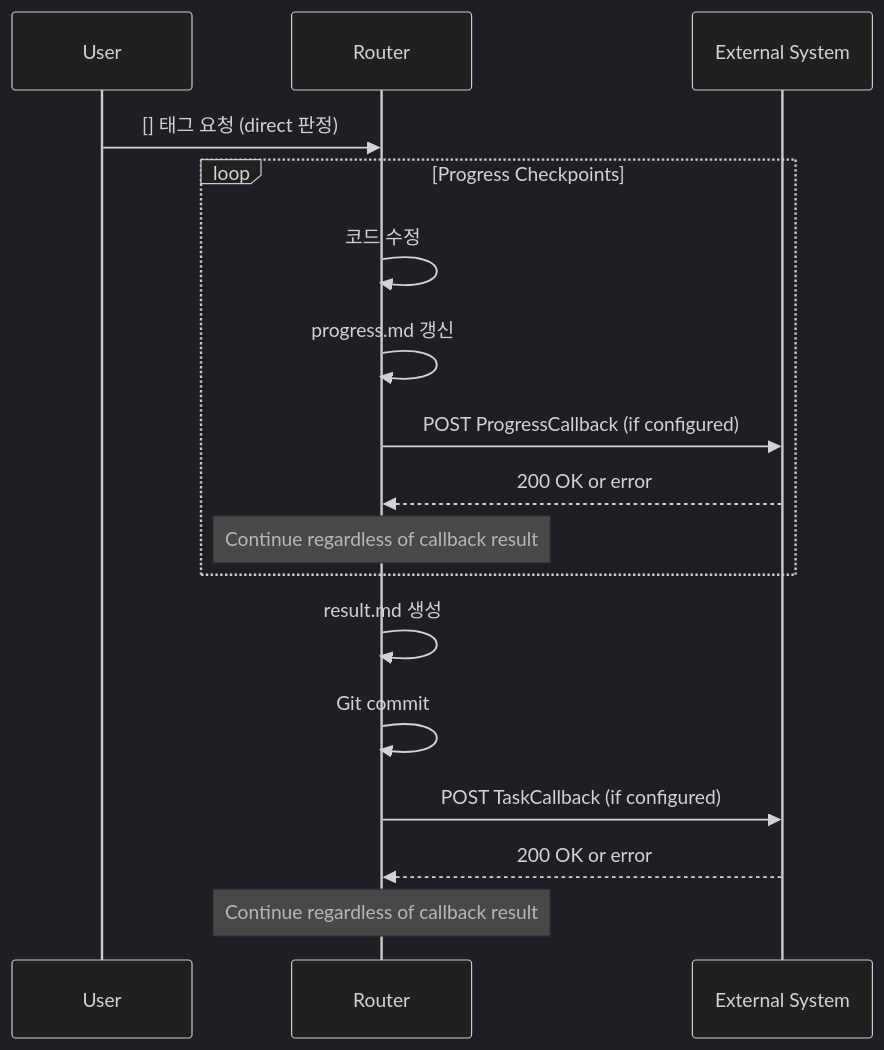
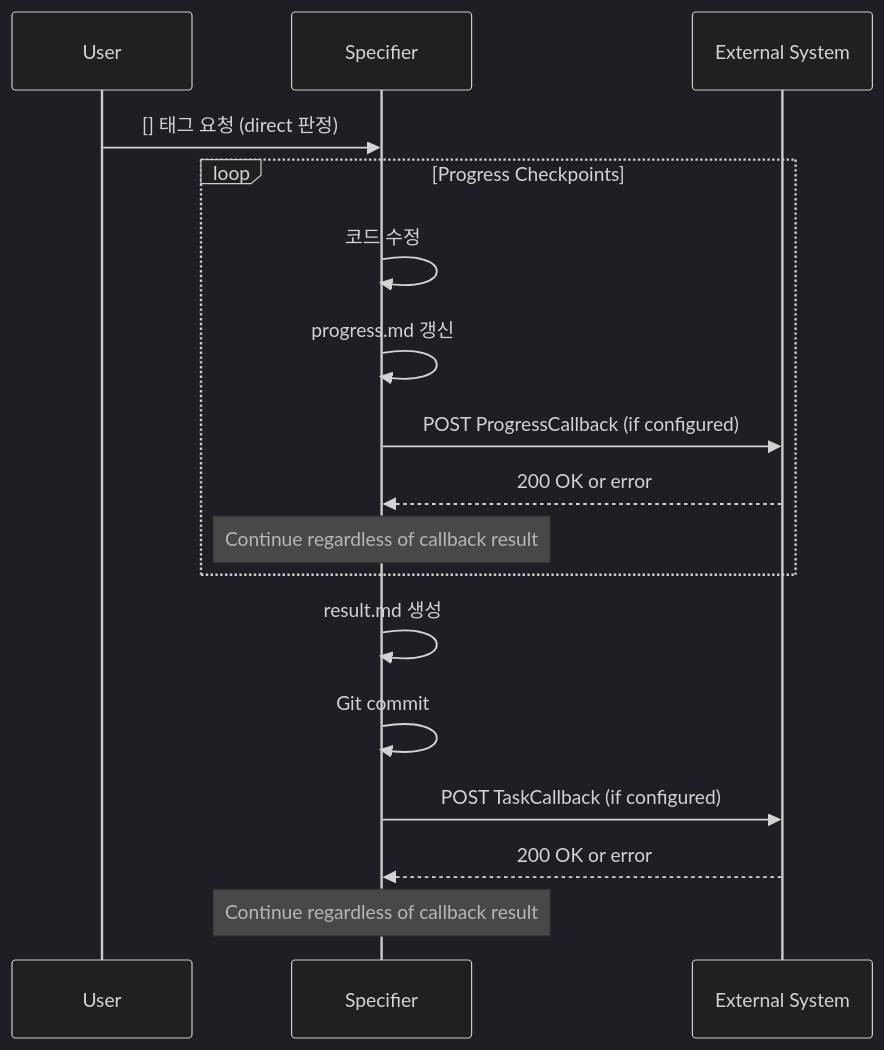
One commit to UCJung/uc-taskmanager-claude-agent changed the first of 2 diagrams in docs/spec_callback-integration.md. Above: the diagram before and after it, drawn with Mermaid (dark theme). The commit also changed other lines of this file and 22 other files, not shown here.

First line of the commit message:
docs(WORK-28): Router→Specifier 전환 반영 — docs 및 README 현행화

````diff
--- a/docs/spec_callback-integration.md
+++ b/docs/spec_callback-integration.md
@@ -204,22 +204,22 @@
 ```mermaid
 sequenceDiagram
     participant User
-    participant Router
+    participant Specifier
     participant External System
 
-    User->>Router: [] 태그 요청 (direct 판정)
+    User->>Specifier: [] 태그 요청 (direct 판정)
 
     loop Progress Checkpoints
-        Router->>Router: 코드 수정
-        Router->>Router: progress.md 갱신
-        Router->>External System: POST ProgressCallback (if configured)
-        External System-->>Router: 200 OK or error
-        Note over Router: Continue regardless of callback result
+        Specifier->>Specifier: 코드 수정
+        Specifier->>Specifier: progress.md 갱신
+        Specifier->>External System: POST ProgressCallback (if configured)
+        External System-->>Specifier: 200 OK or error
+        Note over Specifier: Continue regardless of callback result
     end
 
-    Router->>Router: result.md 생성
-    Router->>Router: Git commit
-    Router->>External System: POST TaskCallback (if configured)
-    External System-->>Router: 200 OK or error
-    Note over Router: Continue regardless of callback result
+    Specifier->>Specifier: result.md 생성
+    Specifier->>Specifier: Git commit
+    Specifier->>External System: POST TaskCallback (if configured)
+    External System-->>Specifier: 200 OK or error
+    Note over Specifier: Continue regardless of callback result
 ```
````
